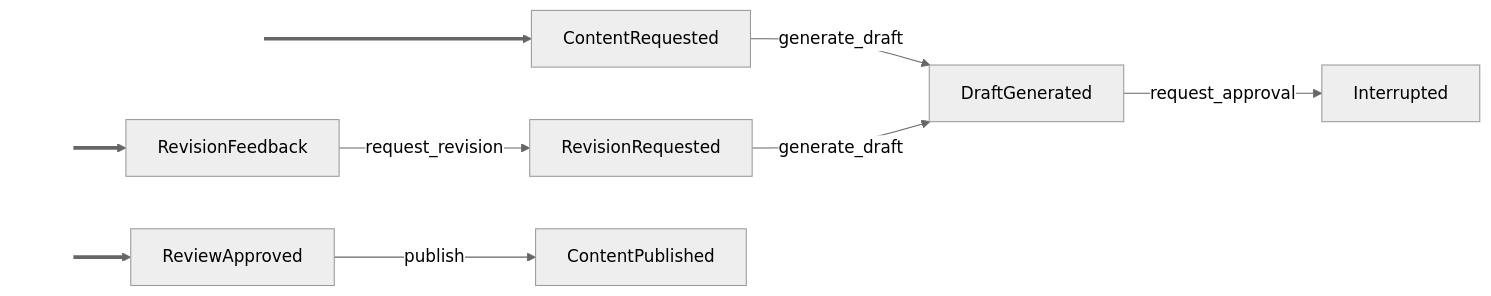
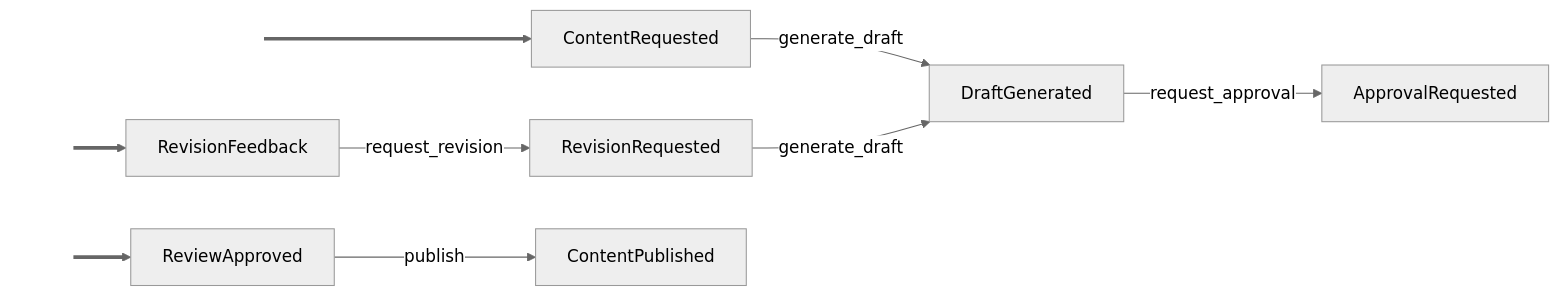
Before and after one commit to cadance-io/langgraph-events: the diagram in examples/human_in_the_loop.graph.md, drawn with Mermaid (neutral theme). The commit also changed 4 other files, not shown here.

````diff
--- a/examples/human_in_the_loop.graph.md
+++ b/examples/human_in_the_loop.graph.md
@@ -4,13 +4,13 @@
 ```mermaid
 graph LR
     classDef entry fill:none,stroke:none,color:none
     _e0_[ ]:::entry ==> ContentRequested
     _e1_[ ]:::entry ==> ReviewApproved
     _e2_[ ]:::entry ==> RevisionFeedback
     ContentRequested -->|generate_draft| DraftGenerated
     RevisionRequested -->|generate_draft| DraftGenerated
-    DraftGenerated -->|request_approval| Interrupted
+    DraftGenerated -->|request_approval| ApprovalRequested
     ReviewApproved -->|publish| ContentPublished
     RevisionFeedback -->|request_revision| RevisionRequested
 %% Side-effect handlers: audit_trail (Auditable)
 ```
````
